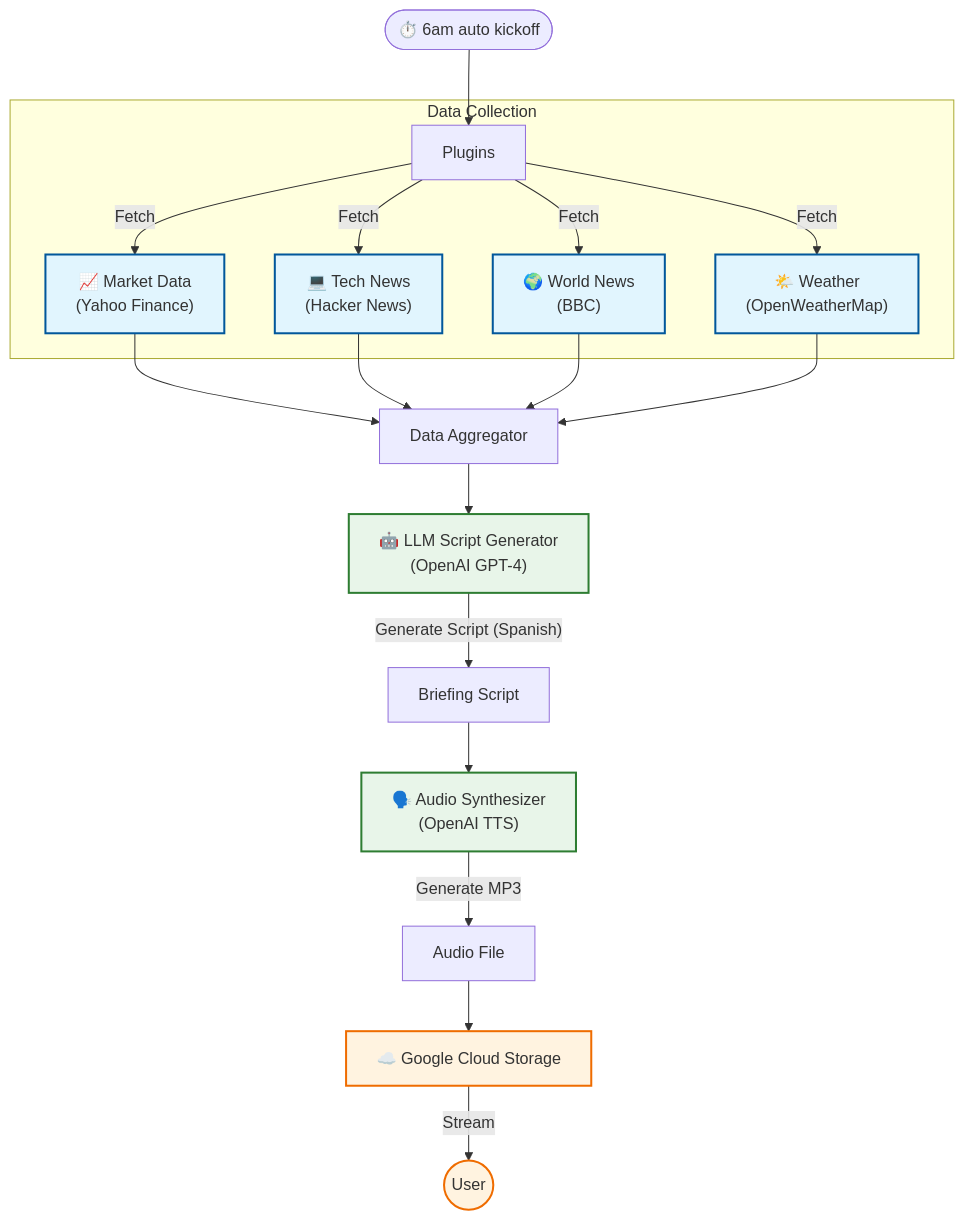
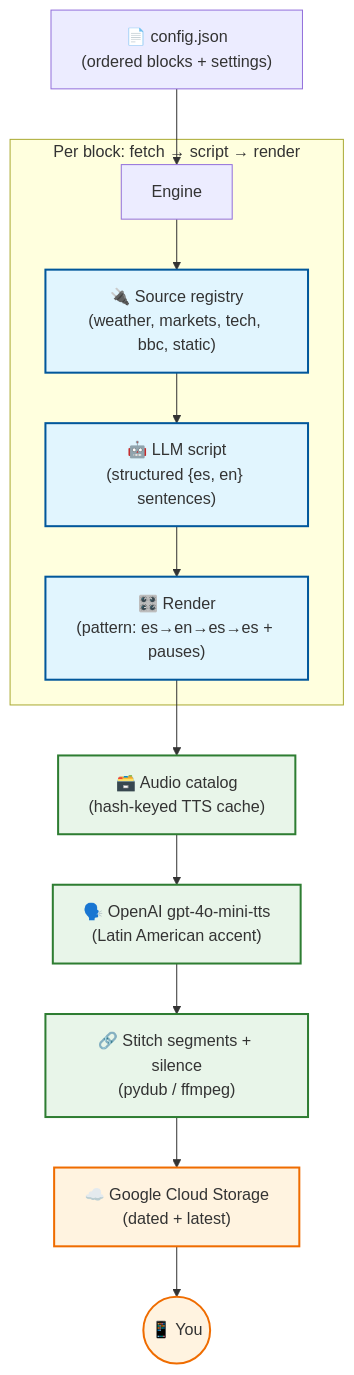
One commit to deankiwi/daily-audio-update changed the diagram in README.md. Above: the diagram before and after it, drawn with Mermaid. The commit also changed other lines of this file and 30 other files, not shown here.

First line of the commit message:
feat: rewrite briefing into a configurable language-drill engine

````diff
--- a/README.md
+++ b/README.md
@@ -14,36 +17,23 @@
 ```mermaid
 graph TD
-    Start([⏱️ 6am auto kickoff]) --> Plugins
-    
-    subgraph "Data Collection"
-        Plugins --> |Fetch| Market["📈 Market Data<br/>(Yahoo Finance)"]
-        Plugins --> |Fetch| Tech["💻 Tech News<br/>(Hacker News)"]
-        Plugins --> |Fetch| BBC["🌍 World News<br/>(BBC)"]
-        Plugins --> |Fetch| Weather["🌤️ Weather<br/>(OpenWeatherMap)"]
+    Config["📄 config.json<br/>(ordered blocks + settings)"] --> Engine
+
+    subgraph "Per block: fetch → script → render"
+        Engine --> Fetch["🔌 Source registry<br/>(weather, markets, tech, bbc, static)"]
+        Fetch --> Script["🤖 LLM script<br/>(structured {es, en} sentences)"]
+        Script --> Render["🎛️ Render<br/>(pattern: es→en→es→es + pauses)"]
     end
-    
-    Market --> Aggregator[Data Aggregator]
-    Tech --> Aggregator
-    BBC --> Aggregator
-    Weather --> Aggregator
-    
-    Aggregator --> LLM["🤖 LLM Script Generator<br/>(OpenAI GPT-4)"]
-    
-    LLM --> |"Generate Script (Spanish)"| Script[Briefing Script]
-    
-    Script --> TTS["🗣️ Audio Synthesizer<br/>(OpenAI TTS)"]
-    
-    TTS --> |"Generate MP3"| AudioFile[Audio File]
-    
-    AudioFile --> GCS["☁️ Google Cloud Storage"]
-    
-    GCS --> |"Stream"| User((User))
-    
+
+    Render --> Cache["🗃️ Audio catalog<br/>(hash-keyed TTS cache)"]
+    Cache --> TTS["🗣️ OpenAI gpt-4o-mini-tts<br/>(Latin American accent)"]
+    TTS --> Stitch["🔗 Stitch segments + silence<br/>(pydub / ffmpeg)"]
+    Stitch --> GCS["☁️ Google Cloud Storage<br/>(dated + latest)"]
+    GCS --> User((📱 You))
+
     classDef blue fill:#e1f5fe,stroke:#01579b,stroke-width:2px;
     classDef green fill:#e8f5e9,stroke:#2e7d32,stroke-width:2px;
     classDef orange fill:#fff3e0,stroke:#ef6c00,stroke-width:2px;
-    
-    class Market,Tech,BBC,Weather blue;
-    class LLM,TTS green;
+    class Fetch,Script,Render blue;
+    class Cache,TTS,Stitch green;
     class GCS,User orange;
 ```
````
